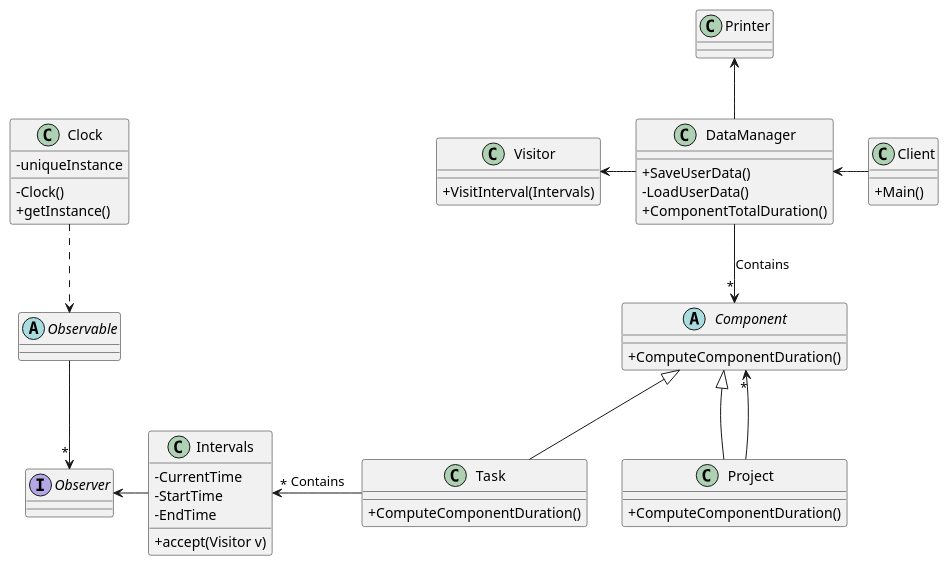
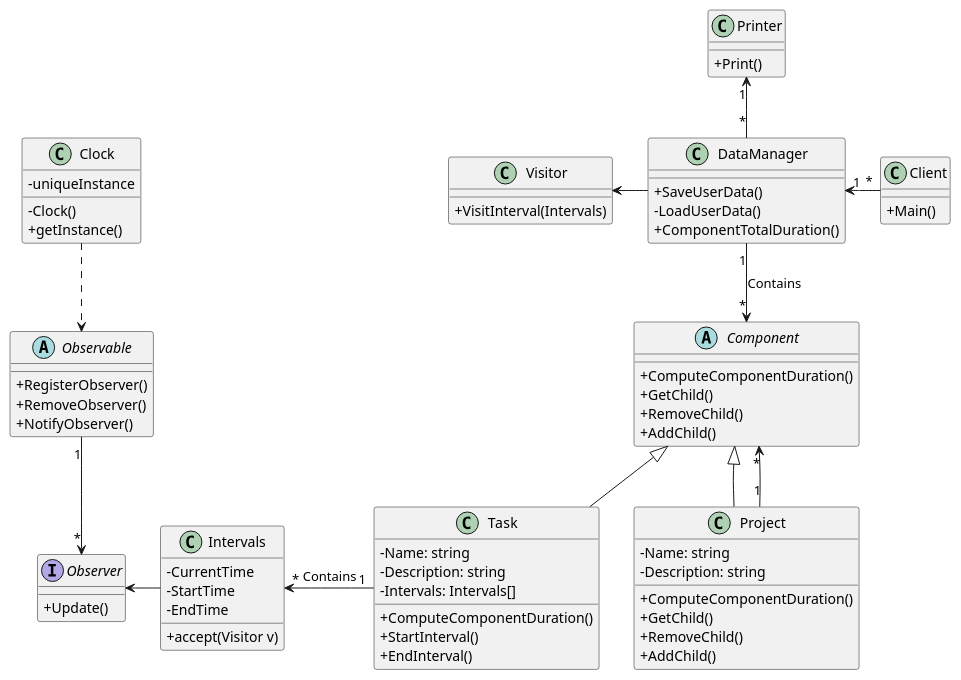
The diagram in DSTimeTracker.puml (quimcamprubi/DS_Time_Tracker), drawn with PlantUML before and after one commit.

Commit message:
changes design since last friday

```diff
--- a/DSTimeTracker.puml
+++ b/DSTimeTracker.puml
@@ -1,65 +1,83 @@
 @startuml 
 
 skinparam classAttributeIconSize 0
 skinparam linetype polyline
 
 abstract class Component {
 + ComputeComponentDuration()
++ GetChild()
++ RemoveChild()
++ AddChild()
 }
 
 class Project extends Component {
+- Name: string
+- Description: string
 + ComputeComponentDuration()
++ GetChild()
++ RemoveChild()
++ AddChild()
 }
 
 class Visitor{
-+VisitInterval(Intervals)
++ VisitInterval(Intervals)
 }
 
 class Task extends Component {
+- Name: string
+- Description: string
+- Intervals: Intervals[]
 + ComputeComponentDuration()
++ StartInterval()
++ EndInterval()
 }
 
 class Intervals {
--CurrentTime
--StartTime
--EndTime
+- CurrentTime
+- StartTime
+- EndTime
 +accept(Visitor v)
 }
 
 Interface Observer{
++ Update()
 }
 
 abstract class Observable {
++ RegisterObserver()
++ RemoveObserver()
++ NotifyObserver()
 }
 
 class Clock {
 - uniqueInstance
 - Clock()
 + getInstance()
 }
 
 class Client{
 + Main()
 }
 
 class DataManager{  
 + SaveUserData()
 - LoadUserData()
 + ComponentTotalDuration()
 }
 
 Class Printer{
++ Print()
 }
 
 Visitor <-right- DataManager
-DataManager -down-> "*" Component: Contains
-Project --> "*" Component
-Client -left-> DataManager
-Task -left-> "*" Intervals:Contains
+DataManager "1" -down-> "*" Component: Contains
+Project "1" --> "*" Component
+Client "*" -left-> "1" DataManager
+Task "1" -left-> "*" Intervals:Contains
 Clock .down.> Observable
-Observable -Down-> "*" Observer
+Observable "1" -Down-> "*" Observer
 Intervals -left-> Observer
-DataManager -up-> Printer
+DataManager "*" -up-> "1" Printer
 Task -[hidden]right-> Project
 
 @enduml
```
